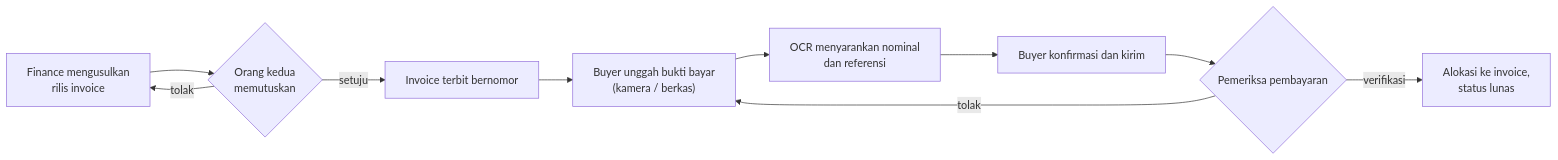
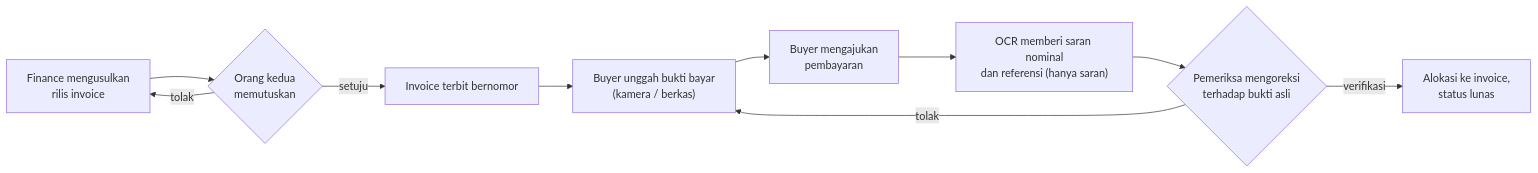
The fifth of 7 diagrams in README.md (natannielz/Capstone), drawn with Mermaid before and after one commit. The commit also changed 13 other files, not shown here.

First line of the commit message:
Golden A2 aktif + F-007: keuangan-tagihan mengalokasikan pembayaran terverifikasi; J04 masih kurang status lunas buyer (6/15) (#6)

````diff
--- a/README.md
+++ b/README.md
@@ -193,12 +193,12 @@
 ```mermaid
 flowchart LR
     i1["Finance mengusulkan<br/>rilis invoice"] --> i2{"Orang kedua<br/>memutuskan"}
     i2 -- "tolak" --> i1
     i2 -- "setuju" --> i3["Invoice terbit bernomor"]
     i3 --> i4["Buyer unggah bukti bayar<br/>(kamera / berkas)"]
-    i4 --> i5["OCR menyarankan nominal<br/>dan referensi"]
-    i5 --> i6["Buyer konfirmasi dan kirim"]
-    i6 --> i7{"Pemeriksa pembayaran"}
+    i4 --> i5["Buyer mengajukan<br/>pembayaran"]
+    i5 --> i6["OCR memberi saran nominal<br/>dan referensi (hanya saran)"]
+    i6 --> i7{"Pemeriksa mengoreksi<br/>terhadap bukti asli"}
     i7 -- "tolak" --> i4
     i7 -- "verifikasi" --> i8["Alokasi ke invoice,<br/>status lunas"]
 ```
````
